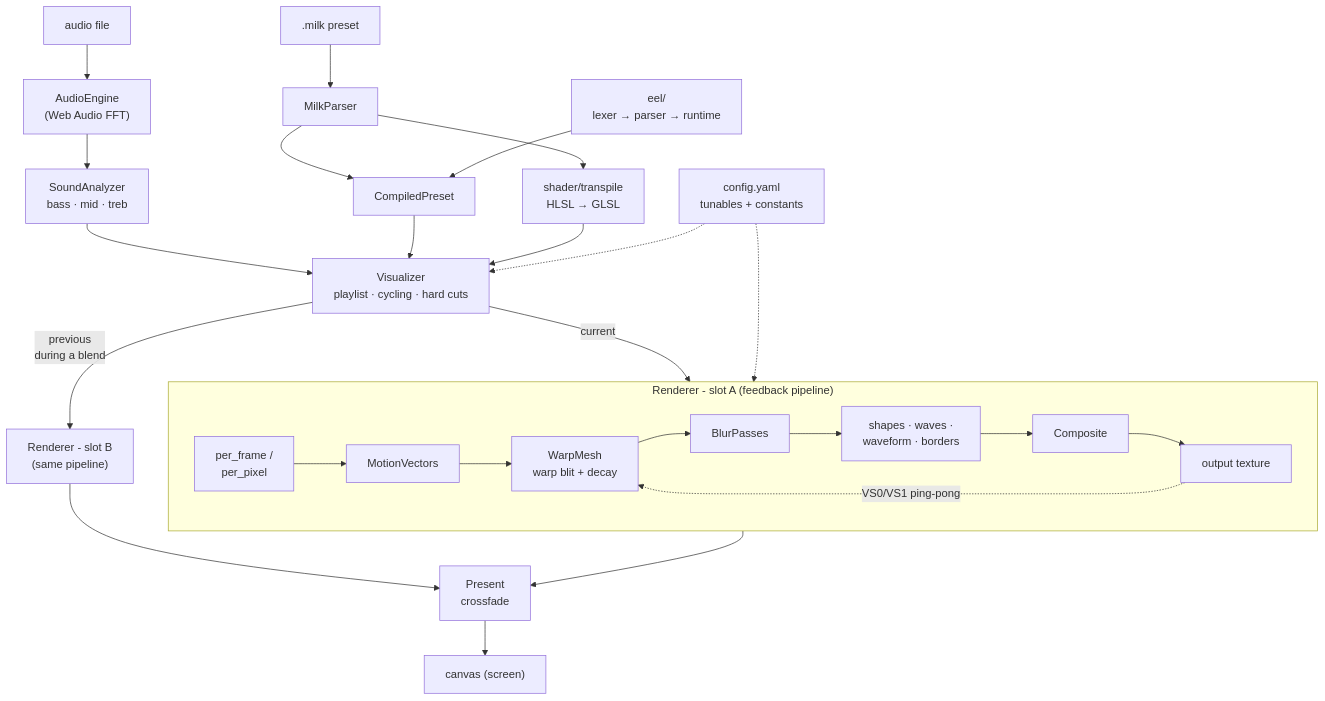
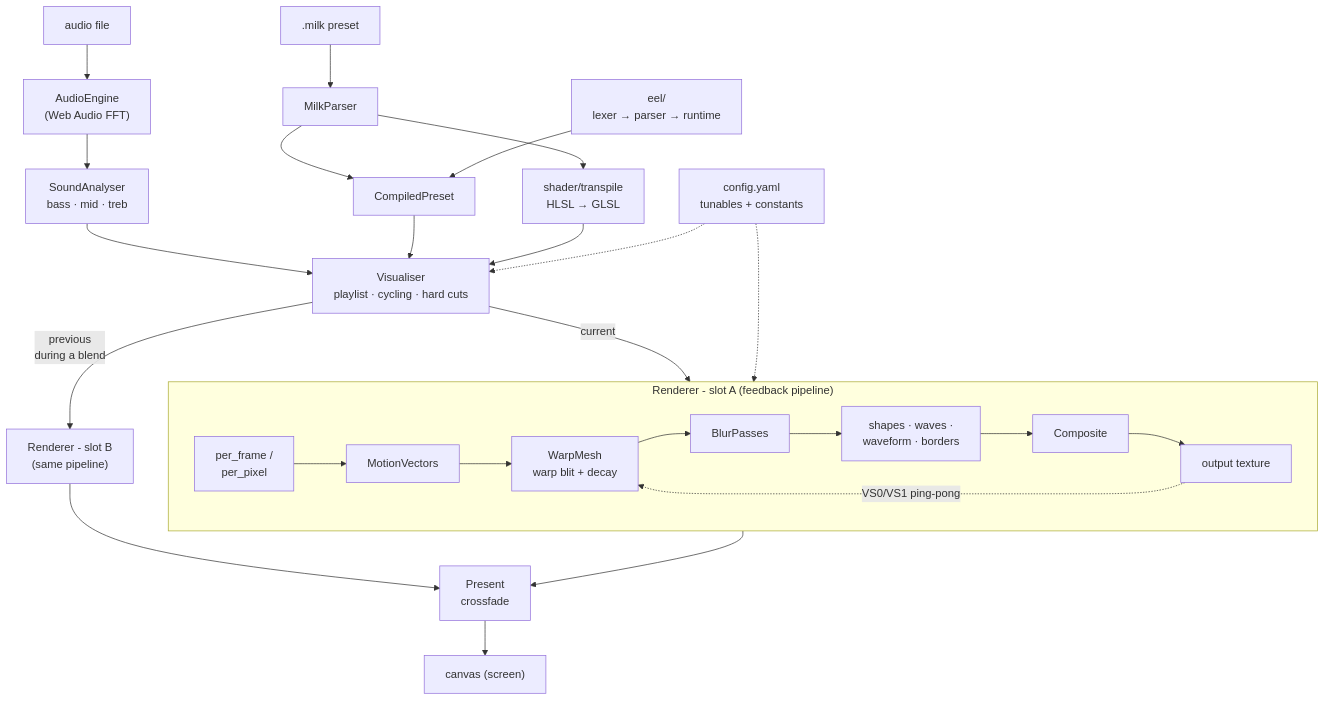
The diagram in README.md (TokyoDanInJapan/milkslop), drawn with Mermaid before and after one commit. The commit also changed other lines of this file and 52 other files, not shown here.

````diff
--- a/README.md
+++ b/README.md
@@ -91,38 +98,38 @@
 ```mermaid
 flowchart TD
     AUDIO["audio file"] --> AE["AudioEngine<br/>(Web Audio FFT)"]
-    AE --> SA["SoundAnalyzer<br/>bass · mid · treb"]
+    AE --> SA["SoundAnalyser<br/>bass · mid · treb"]
 
     MILK[".milk preset"] --> MP["MilkParser"]
     MP --> CP["CompiledPreset"]
     EEL["eel/<br/>lexer → parser → runtime"] --> CP
     MP --> TR["shader/transpile<br/>HLSL → GLSL"]
 
     SA --> VIZ
     CP --> VIZ
     TR --> VIZ
-    VIZ["Visualizer<br/>playlist · cycling · hard cuts"]
+    VIZ["Visualiser<br/>playlist · cycling · hard cuts"]
 
     VIZ -->|current| RA
     VIZ -->|previous<br/>during a blend| RB
 
     subgraph RA["Renderer - slot A (feedback pipeline)"]
       direction LR
       A1["per_frame /<br/>per_pixel"] --> A2["MotionVectors"]
       A2 --> A3["WarpMesh<br/>warp blit + decay"]
       A3 --> A4["BlurPasses"]
       A4 --> A5["shapes · waves ·<br/>waveform · borders"]
       A5 --> A6["Composite"]
       A6 --> A7["output texture"]
       A7 -. "VS0/VS1 ping-pong" .-> A3
     end
 
     RB["Renderer - slot B<br/>(same pipeline)"]
 
     RA --> PR["Present<br/>crossfade"]
     RB --> PR
     PR --> CANVAS["canvas (screen)"]
 
     CFG["config.yaml<br/>tunables + constants"] -.-> VIZ
     CFG -.-> RA
 ```
````
